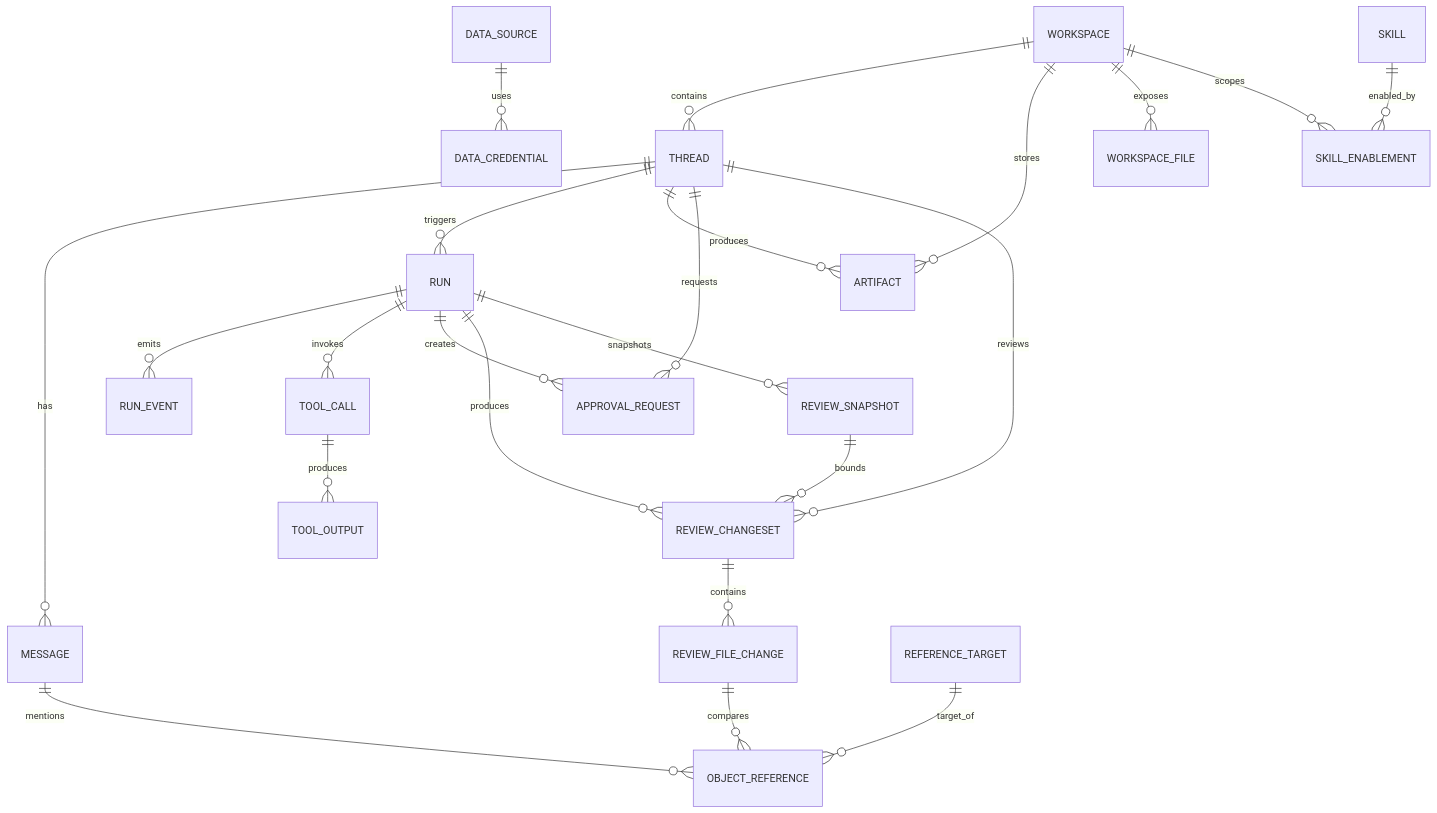
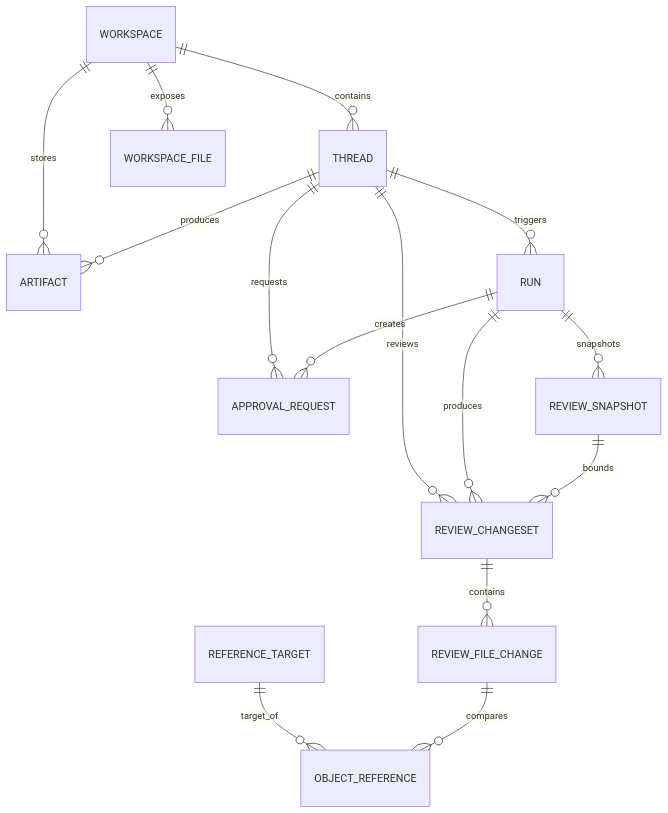
One commit to futuregene/future-os changed the diagram in gui/DEV_MD/ER.md. Above: the diagram before and after it, drawn with Mermaid. The commit also changed other lines of this file and 3 other files, not shown here.

````diff
--- a/gui/DEV_MD/ER.md
+++ b/gui/DEV_MD/ER.md
@@ -23,30 +23,21 @@
 ```mermaid
 erDiagram
     WORKSPACE ||--o{ THREAD : contains
     WORKSPACE ||--o{ ARTIFACT : stores
     WORKSPACE ||--o{ WORKSPACE_FILE : exposes
 
-    THREAD ||--o{ MESSAGE : has
     THREAD ||--o{ RUN : triggers
     THREAD ||--o{ ARTIFACT : produces
     THREAD ||--o{ APPROVAL_REQUEST : requests
     THREAD ||--o{ REVIEW_CHANGESET : reviews
 
-    RUN ||--o{ RUN_EVENT : emits
-    RUN ||--o{ TOOL_CALL : invokes
     RUN ||--o{ APPROVAL_REQUEST : creates
     RUN ||--o{ REVIEW_CHANGESET : produces
     RUN ||--o{ REVIEW_SNAPSHOT : snapshots
-    TOOL_CALL ||--o{ TOOL_OUTPUT : produces
 
     REVIEW_CHANGESET ||--o{ REVIEW_FILE_CHANGE : contains
     REVIEW_SNAPSHOT ||--o{ REVIEW_CHANGESET : bounds
 
-    DATA_SOURCE ||--o{ DATA_CREDENTIAL : uses
-    SKILL ||--o{ SKILL_ENABLEMENT : enabled_by
-    WORKSPACE ||--o{ SKILL_ENABLEMENT : scopes
-
     REFERENCE_TARGET ||--o{ OBJECT_REFERENCE : target_of
-    MESSAGE ||--o{ OBJECT_REFERENCE : mentions
     REVIEW_FILE_CHANGE ||--o{ OBJECT_REFERENCE : compares
 ```
````
